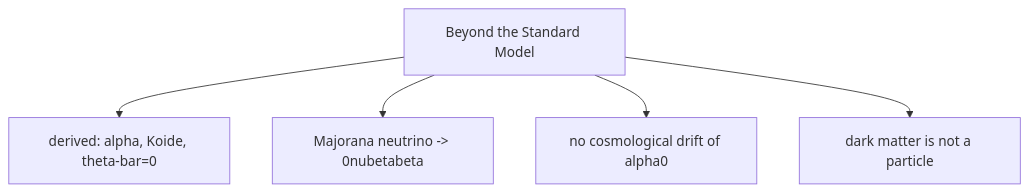
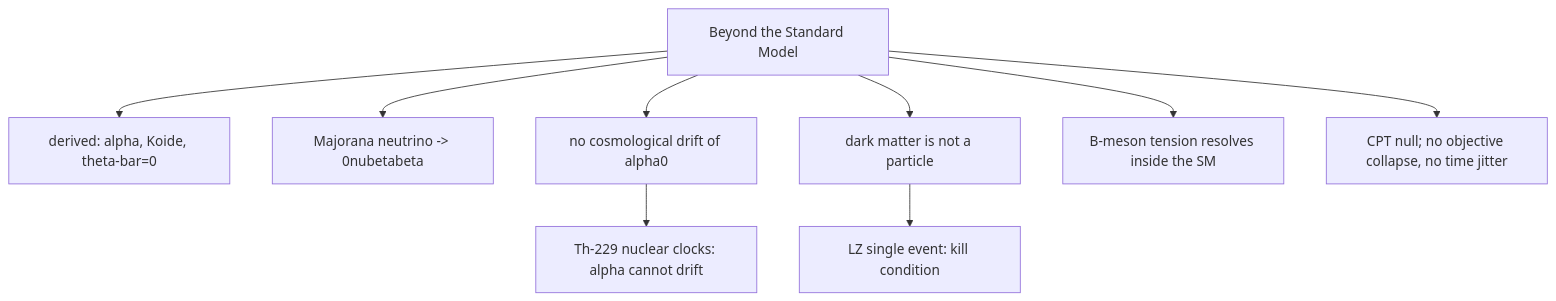
Diagram 11 of 13 in tools/flowchart_source.md (rchain-community/quantum-logical-framework), drawn with Mermaid before and after one commit. The commit also changed other lines of this file and 4 other files, not shown here.

First line of the commit message:
FlowChart: the 2026 discoveries, placed in their domains

````diff
--- a/tools/flowchart_source.md
+++ b/tools/flowchart_source.md
@@ -304,8 +324,12 @@
 ```mermaid
 flowchart TD
   B["Beyond the Standard Model"]
   B --> D1["derived: alpha, Koide, theta-bar=0"]
   B --> P1["Majorana neutrino -> 0nubetabeta"]
   B --> P2["no cosmological drift of alpha0"]
   B --> P3["dark matter is not a particle"]
+  P2 --> TH9["Th-229 nuclear clocks: alpha cannot drift"]
+  P3 --> LZ["LZ single event: kill condition"]
+  B --> P4["B-meson tension resolves inside the SM"]
+  B --> P5["CPT null; no objective collapse, no time jitter"]
 ```
````
